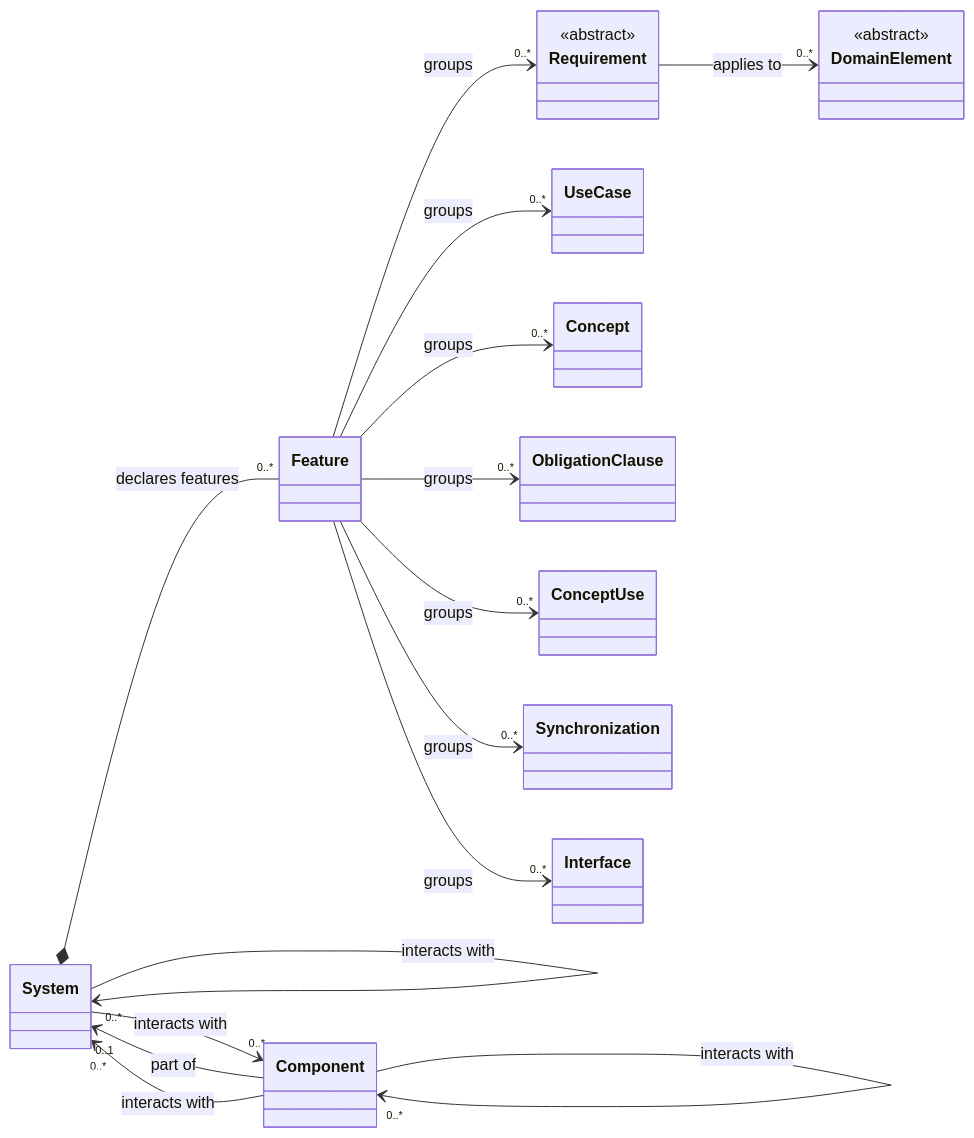
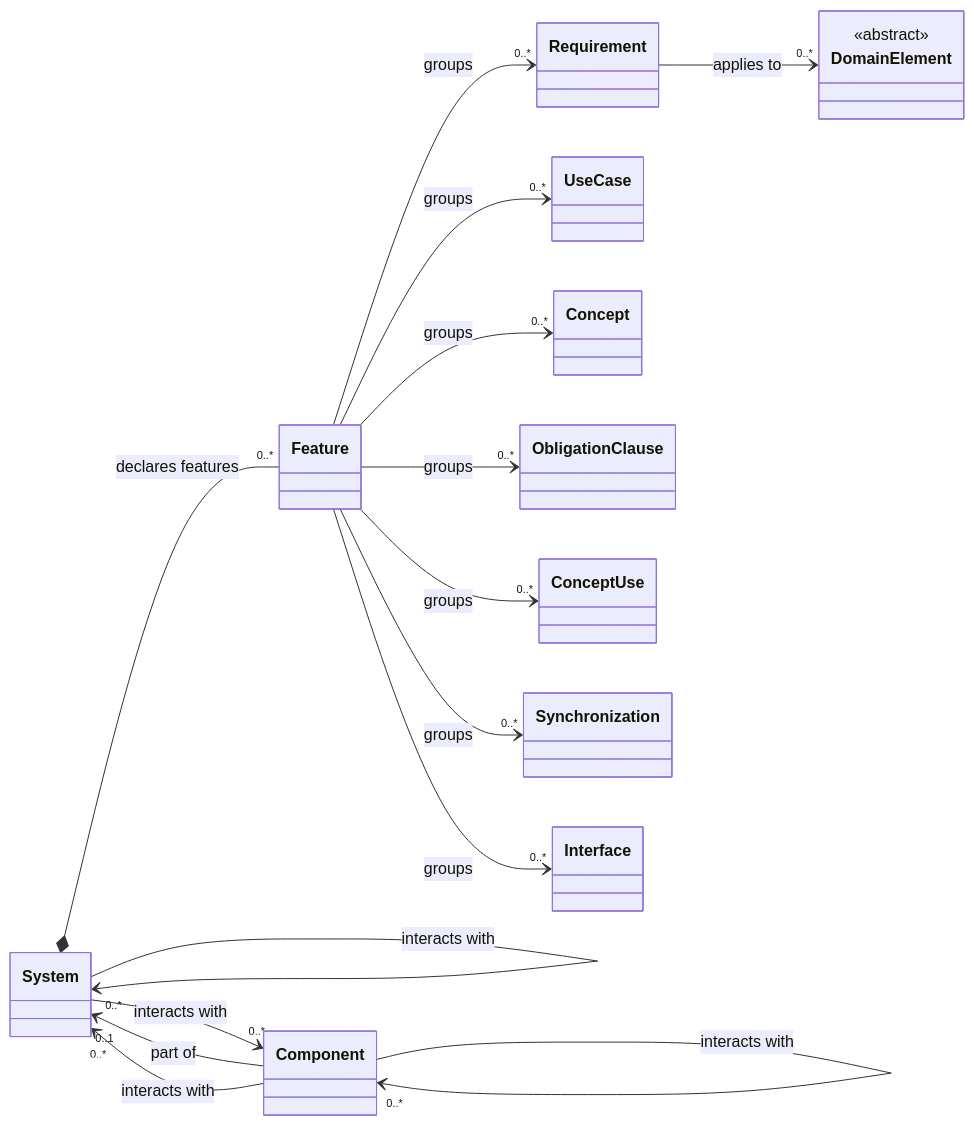
One commit to craigsmitham/dotspec changed the fifth of 18 diagrams in docs/reference/model/core.md. Above: the diagram before and after it, drawn with Mermaid. The commit also changed other lines of this file and 139 other files, not shown here.

````diff
--- a/docs/reference/model/core.md
+++ b/docs/reference/model/core.md
@@ -112,33 +119,32 @@
 ```mermaid
 classDiagram
     direction LR
     class System
     class Component
     class Feature
     class Requirement
-    <<abstract>> Requirement
     class UseCase
     class Concept
     class ObligationClause
     class ConceptUse
     class Synchronization
     class Interface
     class DomainElement
     <<abstract>> DomainElement
     System --> "0..1" System : part of
     Component --> "0..1" System : part of
     Component --> "0..1" Component : part of
     System *-- "0..*" Feature : declares features
     Feature --> "0..*" Requirement : groups
     Feature --> "0..*" ObligationClause : groups
     Feature --> "0..*" UseCase : groups
     Feature --> "0..*" Concept : groups
     Feature --> "0..*" ConceptUse : groups
     Feature --> "0..*" Synchronization : groups
     Feature --> "0..*" Interface : groups
     Requirement --> "0..*" DomainElement : applies to
     System --> "0..*" System : interacts with
     System --> "0..*" Component : interacts with
     Component --> "0..*" System : interacts with
     Component --> "0..*" Component : interacts with
 ```
````
